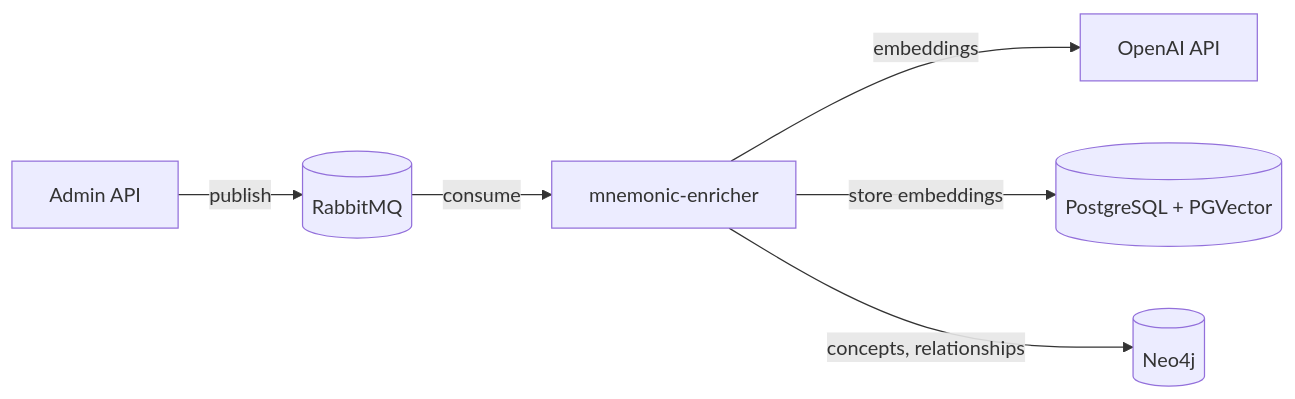
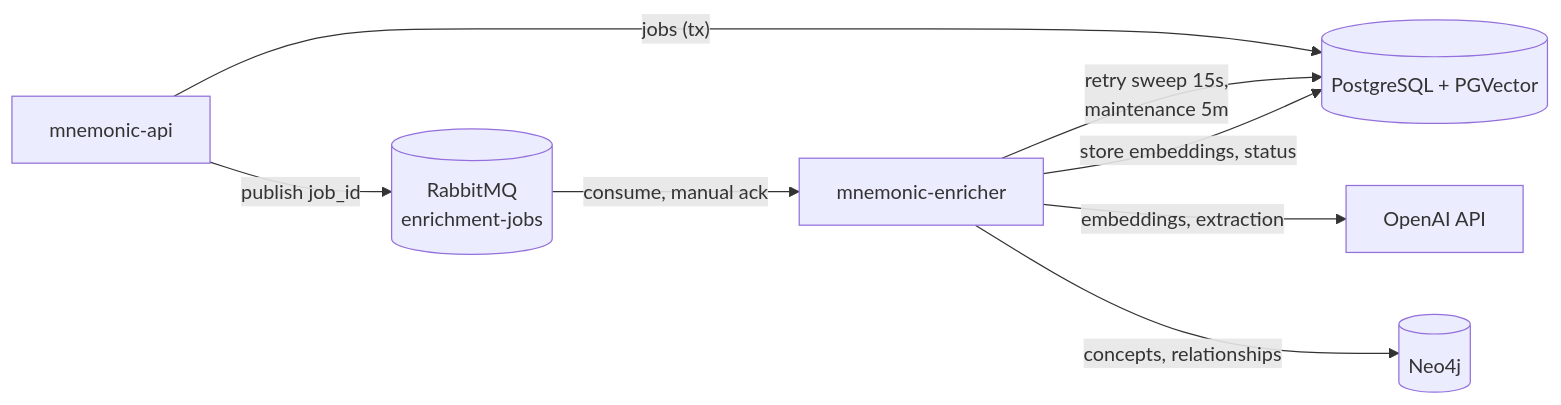
One commit to twistingmercury/mnemonic-docs changed the fourth of 5 diagrams in docs/design/pattern-processing.md. Above: the diagram before and after it, drawn with Mermaid. The commit also changed other lines of this file and 41 other files, not shown here.

````diff
--- a/docs/design/pattern-processing.md
+++ b/docs/design/pattern-processing.md
@@ -381,8 +428,10 @@
 ```mermaid
 flowchart LR
-  api["Admin API"] -->|publish| rabbit[("RabbitMQ")]
-  rabbit -->|consume| enricher["mnemonic-enricher"]
-  enricher -->|embeddings| openai["OpenAI API"]
-  enricher -->|store embeddings| pg[("PostgreSQL + PGVector")]
-  enricher -->|concepts, relationships| neo4j[("Neo4j")]
+  api["mnemonic-api"] -->|"jobs (tx)"| pg[("PostgreSQL + PGVector")]
+  api -->|"publish job_id"| rabbit[("RabbitMQ<br/>enrichment-jobs")]
+  rabbit -->|"consume, manual ack"| enricher["mnemonic-enricher"]
+  enricher -->|"retry sweep 15s,<br/>maintenance 5m"| pg
+  enricher -->|"embeddings, extraction"| openai["OpenAI API"]
+  enricher -->|"store embeddings, status"| pg
+  enricher -->|"concepts, relationships"| neo4j[("Neo4j")]
 ```
````
